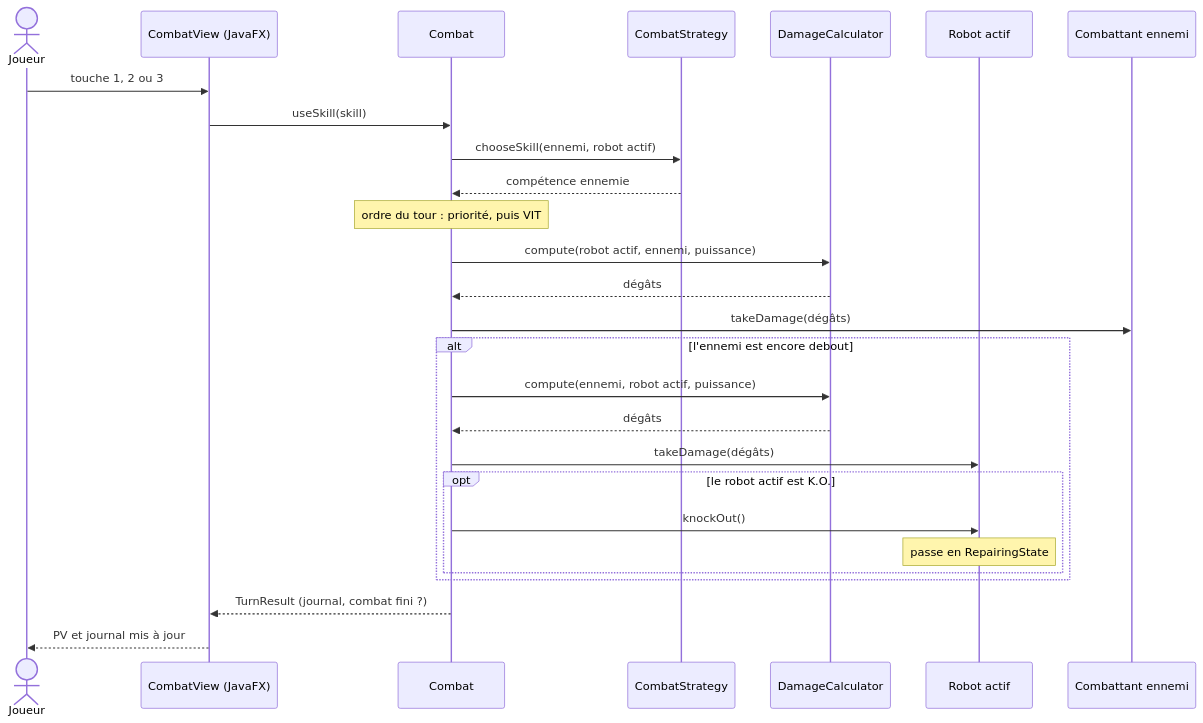
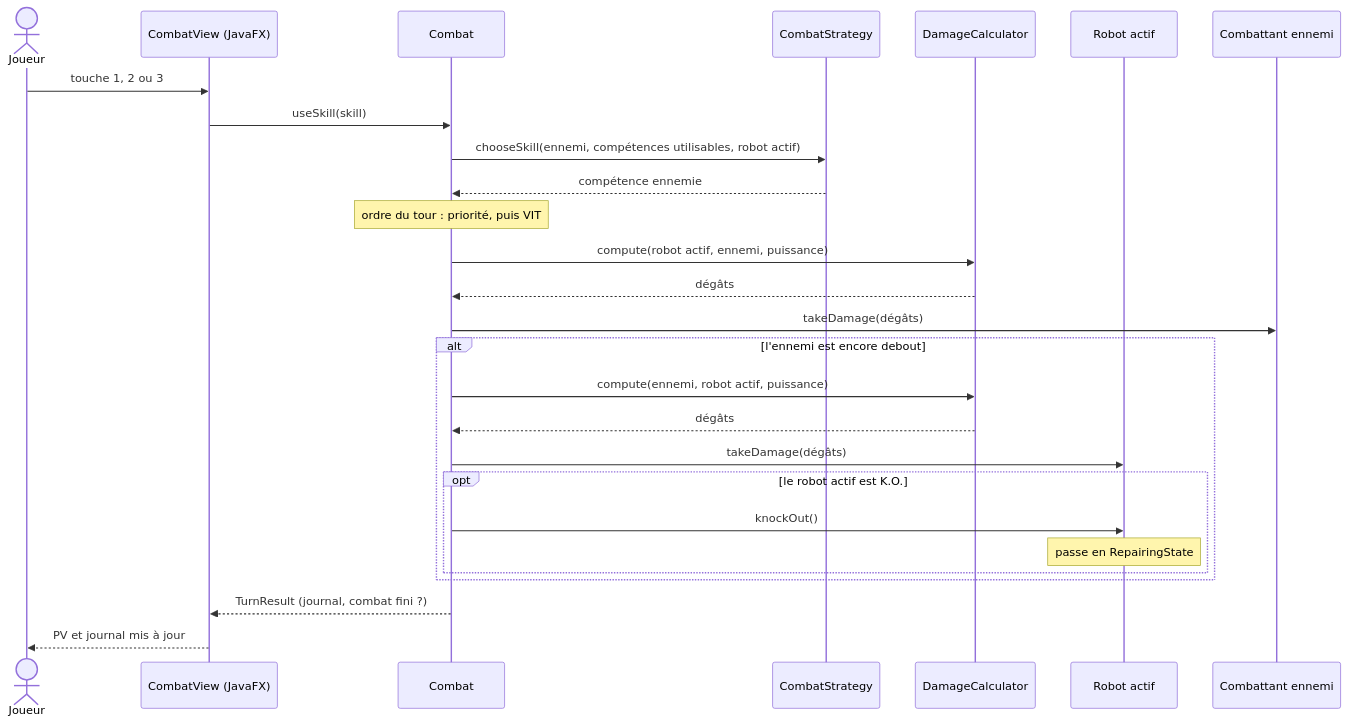
One commit to ValentinBassot/2D-Game changed the seventh of 9 diagrams in docs/uml.md. Above: the diagram before and after it, drawn with Mermaid. The commit also changed other lines of this file and 1 other file, not shown here.

Commit message:
docs: describe the enemy AI strategy and the once-per-combat skill

````diff
--- a/docs/uml.md
+++ b/docs/uml.md
@@ -435,33 +466,33 @@
 ```mermaid
 sequenceDiagram
     actor Joueur
     participant Vue as CombatView (JavaFX)
     participant Combat
     participant IA as CombatStrategy
     participant Calc as DamageCalculator
     participant Allie as Robot actif
     participant Ennemi as Combattant ennemi
 
     Joueur->>Vue: touche 1, 2 ou 3
     Vue->>Combat: useSkill(skill)
-    Combat->>IA: chooseSkill(ennemi, robot actif)
+    Combat->>IA: chooseSkill(ennemi, compétences utilisables, robot actif)
     IA-->>Combat: compétence ennemie
     Note over Combat: ordre du tour : priorité, puis VIT
 
     Combat->>Calc: compute(robot actif, ennemi, puissance)
     Calc-->>Combat: dégâts
     Combat->>Ennemi: takeDamage(dégâts)
 
     alt l'ennemi est encore debout
         Combat->>Calc: compute(ennemi, robot actif, puissance)
         Calc-->>Combat: dégâts
         Combat->>Allie: takeDamage(dégâts)
         opt le robot actif est K.O.
             Combat->>Allie: knockOut()
             Note over Allie: passe en RepairingState
         end
     end
 
     Combat-->>Vue: TurnResult (journal, combat fini ?)
     Vue-->>Joueur: PV et journal mis à jour
 ```
````
